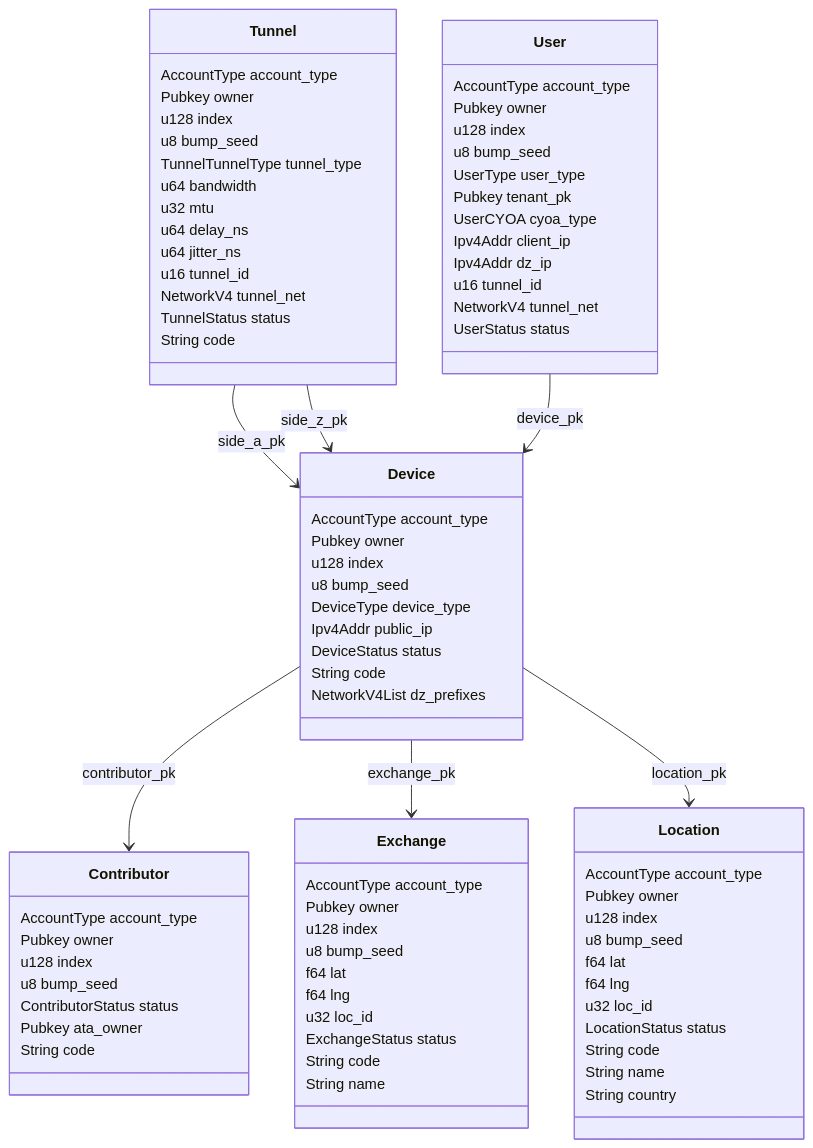
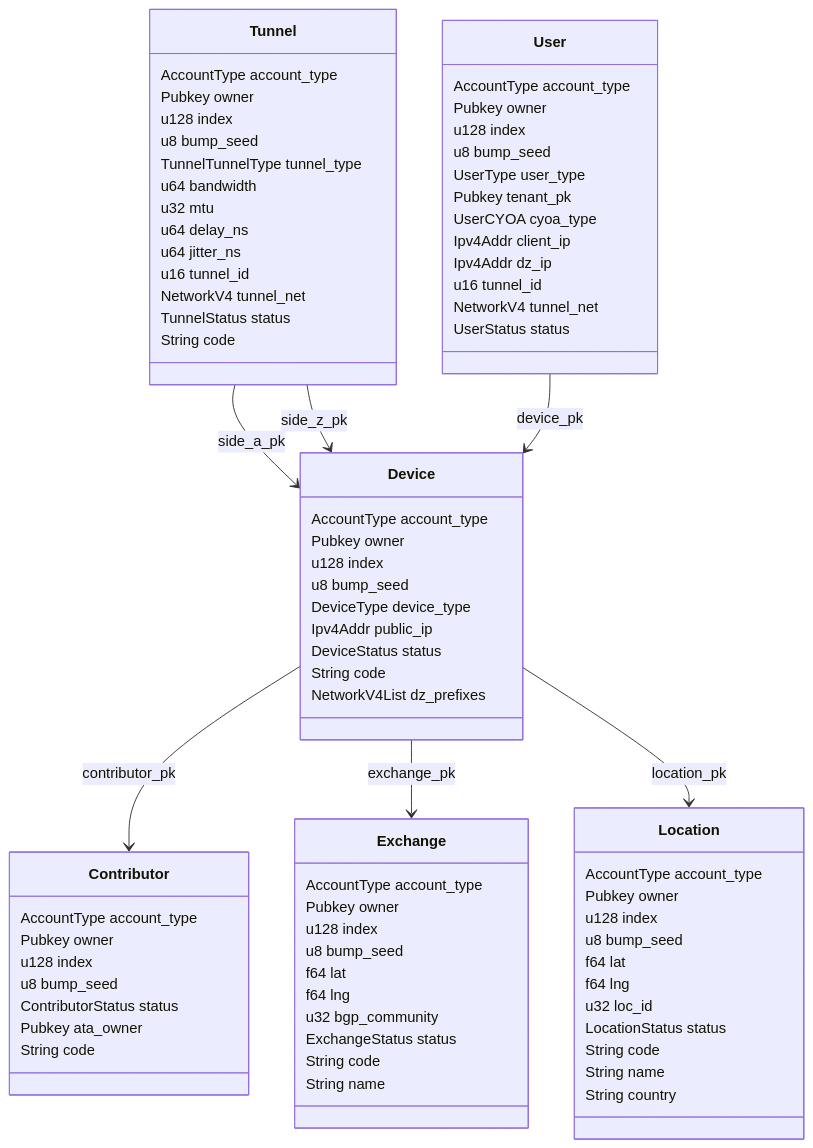
One commit to malbeclabs/doublezero changed the diagram in smartcontract/cli/README.md. Above: the diagram before and after it, drawn with Mermaid. The commit also changed 42 other files, not shown here.

Commit message:
serviceability: rename exchange.loc_id to bgp_community

```diff
--- a/smartcontract/cli/README.md
+++ b/smartcontract/cli/README.md
@@ -40,7 +40,7 @@
         u8 bump_seed
         f64 lat
         f64 lng
-        u32 loc_id
+        u32 bgp_community
         ExchangeStatus status
         String code
         String name
```
